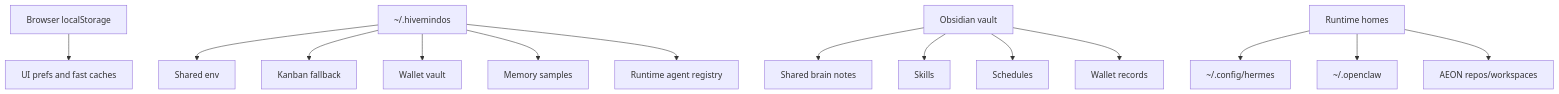
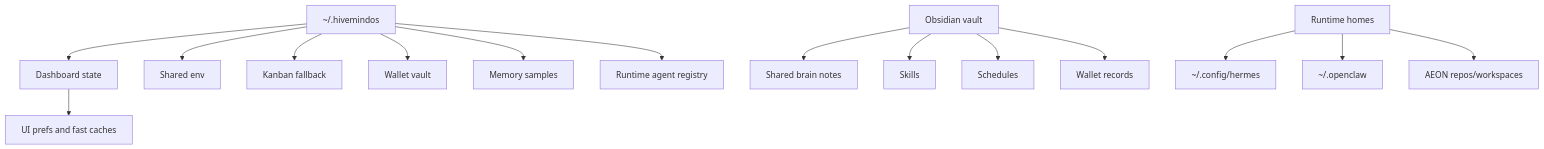
Before and after one commit to LiamVisionary/hivemindos: diagram 13 of 15 in docs/diagrams.md, drawn with Mermaid. The commit also changed 804 other files, not shown here.

````diff
--- a/docs/diagrams.md
+++ b/docs/diagrams.md
@@ -301,16 +301,17 @@
 ```mermaid
 flowchart TB
-  BrowserStorage["Browser localStorage"] --> UIPrefs["UI prefs and fast caches"]
-  Home["~/.hivemindos"] --> Env["Shared env"]
+  Home["~/.hivemindos"] --> DashboardState["Dashboard state"]
+  DashboardState --> UIPrefs["UI prefs and fast caches"]
+  Home --> Env["Shared env"]
   Home --> Kanban["Kanban fallback"]
   Home --> WalletVault["Wallet vault"]
   Home --> MemorySamples["Memory samples"]
   Home --> RuntimeRegistry["Runtime agent registry"]
   Vault["Obsidian vault"] --> SharedBrain["Shared brain notes"]
   Vault --> Skills["Skills"]
   Vault --> Schedules["Schedules"]
   Vault --> WalletLedger["Wallet records"]
   RuntimeHomes["Runtime homes"] --> Hermes["~/.config/hermes"]
   RuntimeHomes --> OpenClaw["~/.openclaw"]
   RuntimeHomes --> Aeon["AEON repos/workspaces"]
 ```
````
